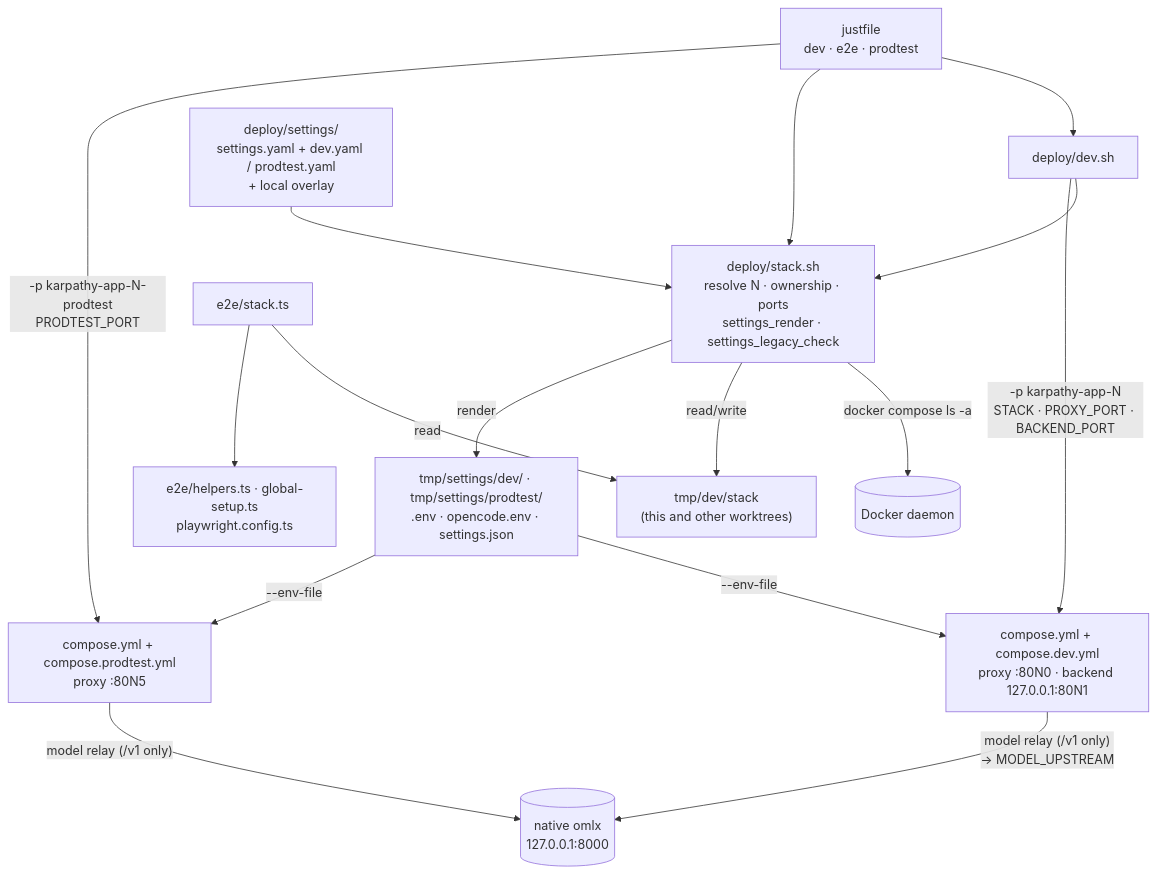
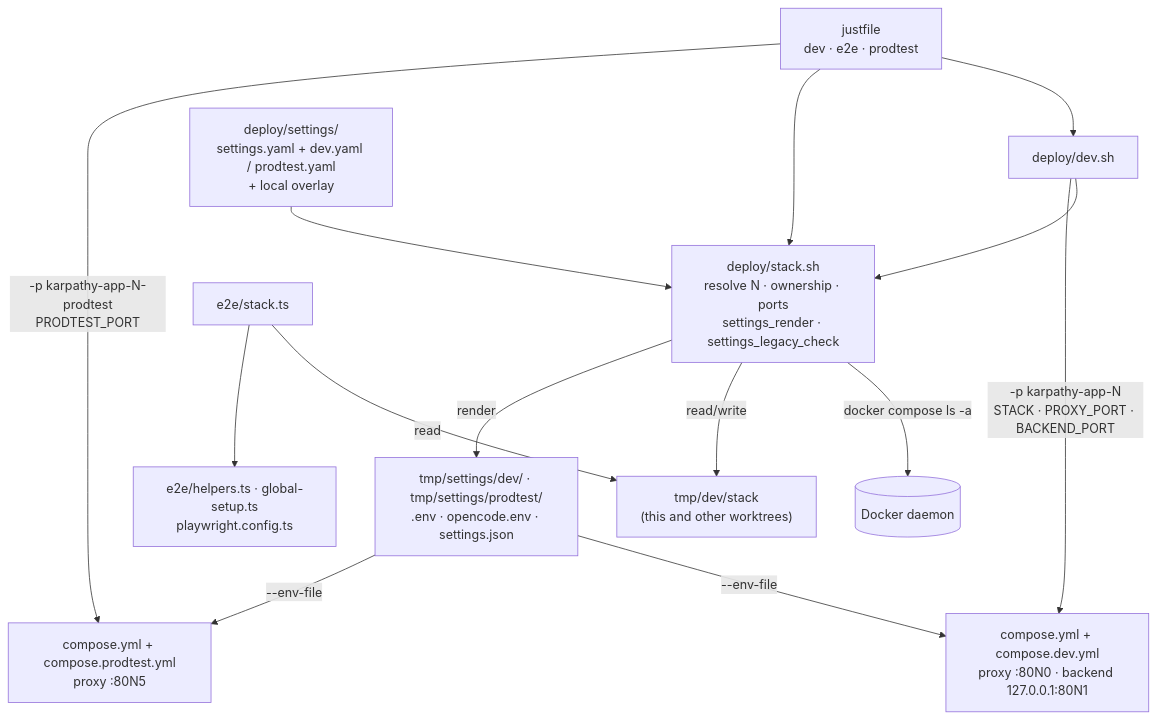
One commit to tillg/karpathy.app changed diagram 25 of 26 in specs/system/architecture.md. Above: the diagram before and after it, drawn with Mermaid. The commit also changed other lines of this file and 5 other files, not shown here.

First line of the commit message:
Remove Ollama and omlx: every model comes from OpenRouter

````diff
--- a/specs/system/architecture.md
+++ b/specs/system/architecture.md
@@ -1712,18 +1710,16 @@
 ```mermaid
 flowchart TD
     J["justfile<br/>dev · e2e · prodtest"] --> D["deploy/dev.sh"]
     J --> L
     D --> L["deploy/stack.sh<br/>resolve N · ownership · ports<br/>settings_render · settings_legacy_check"]
     L -->|"docker compose ls -a"| DK[(Docker daemon)]
     L -->|"read/write"| F["tmp/dev/stack<br/>(this and other worktrees)"]
     S["deploy/settings/<br/>settings.yaml + dev.yaml / prodtest.yaml<br/>+ local overlay"] --> L
     L -->|"render"| R["tmp/settings/dev/ · tmp/settings/prodtest/<br/>.env · opencode.env · settings.json"]
     R -->|"--env-file"| C
     R -->|"--env-file"| P
     D -->|"-p karpathy-app-N<br/>STACK · PROXY_PORT · BACKEND_PORT"| C["compose.yml + compose.dev.yml<br/>proxy :80N0 · backend 127.0.0.1:80N1"]
     J -->|"-p karpathy-app-N-prodtest<br/>PRODTEST_PORT"| P["compose.yml + compose.prodtest.yml<br/>proxy :80N5"]
-    C -->|"model relay (/v1 only)<br/>→ MODEL_UPSTREAM"| OL[("native omlx<br/>127.0.0.1:8000")]
-    P -->|"model relay (/v1 only)"| OL
     E["e2e/stack.ts"] -->|"read"| F
     E --> H["e2e/helpers.ts · global-setup.ts<br/>playwright.config.ts"]
 ```
````
